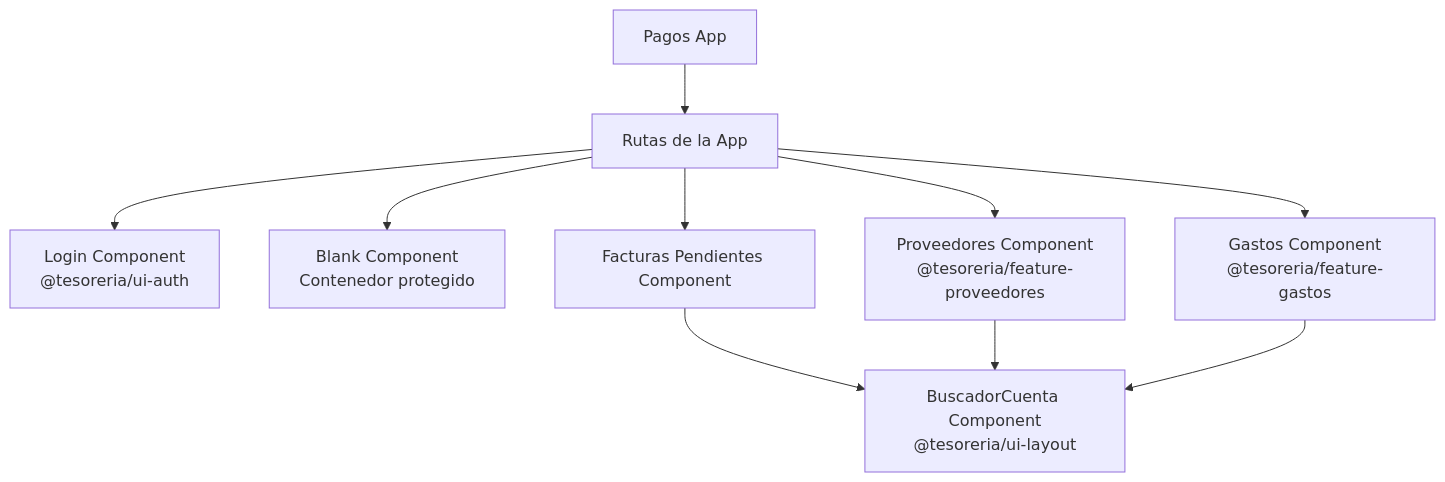
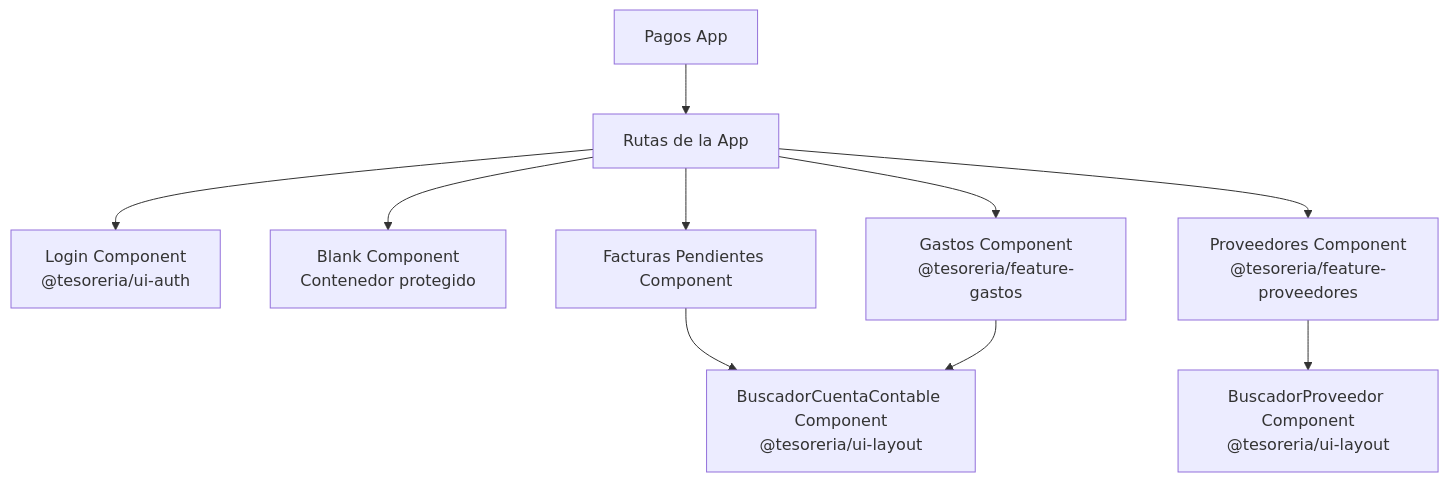
Before and after one commit to UM-services/UM.tesoreria.frontend-client: the fifth of 7 diagrams in docs/architecture.md, drawn with Mermaid. The commit also changed other lines of this file and 36 other files, not shown here.

````diff
--- a/docs/architecture.md
+++ b/docs/architecture.md
@@ -111,13 +120,13 @@
 ```mermaid
 graph TD
     PagosApp[Pagos App] --> AppRoutes[Rutas de la App]
     AppRoutes --> Login[Login Component<br/>@tesoreria/ui-auth]
     AppRoutes --> Blank[Blank Component<br/>Contenedor protegido]
     AppRoutes --> Facturas[Facturas Pendientes Component]
     AppRoutes --> Proveedores[Proveedores Component<br/>@tesoreria/feature-proveedores]
     AppRoutes --> Gastos[Gastos Component<br/>@tesoreria/feature-gastos]
 
-    Facturas --> BuscadorCuenta[BuscadorCuenta Component<br/>@tesoreria/ui-layout]
-    Proveedores --> BuscadorCuenta
-    Gastos --> BuscadorCuenta
+    Facturas --> BuscadorCuentaContable[BuscadorCuentaContable Component<br/>@tesoreria/ui-layout]
+    Proveedores --> BuscadorProveedor[BuscadorProveedor Component<br/>@tesoreria/ui-layout]
+    Gastos --> BuscadorCuentaContable
 ```
````
